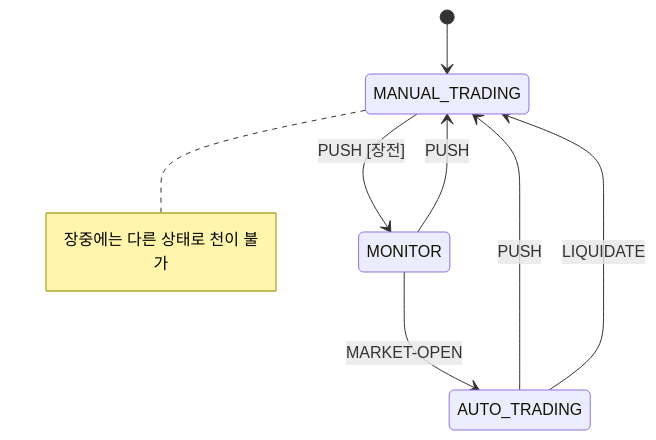
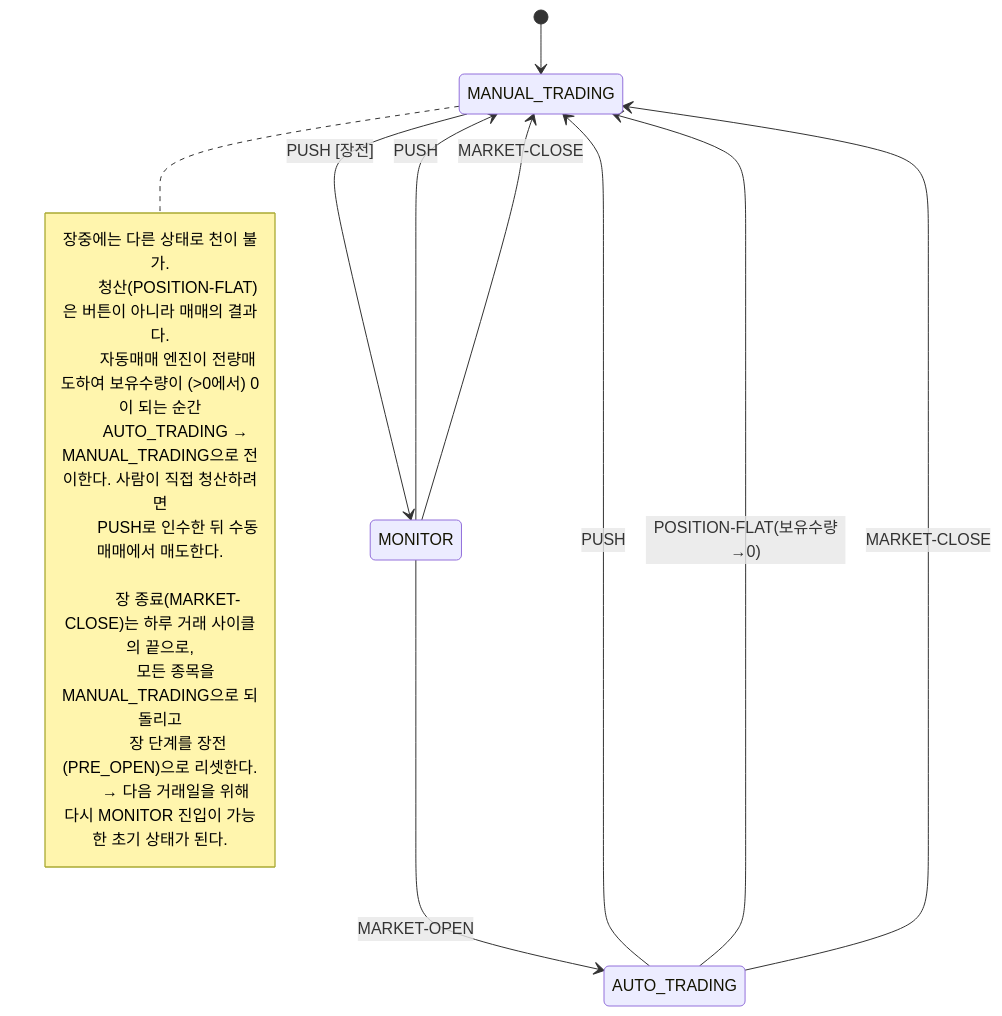
Before and after one commit to eisthf/Bach: the diagram in project_requirement.md, drawn with Mermaid. The commit also changed 8 other files, not shown here.

````diff
--- a/project_requirement.md
+++ b/project_requirement.md
@@ -25,16 +25,29 @@
 ```mermaid
 stateDiagram-v2
     [*] --> MANUAL_TRADING
 
     MANUAL_TRADING --> MONITOR : PUSH [장전]
 
     MONITOR --> MANUAL_TRADING : PUSH
     MONITOR --> AUTO_TRADING : MARKET-OPEN
 
     AUTO_TRADING --> MANUAL_TRADING : PUSH
-    AUTO_TRADING --> MANUAL_TRADING : LIQUIDATE
+    AUTO_TRADING --> MANUAL_TRADING : POSITION-FLAT(보유수량→0)
+
+    MONITOR --> MANUAL_TRADING : MARKET-CLOSE
+    AUTO_TRADING --> MANUAL_TRADING : MARKET-CLOSE
 
     note right of MANUAL_TRADING
-        장중에는 다른 상태로 천이 불가
+        장중에는 다른 상태로 천이 불가.
+
+        청산(POSITION-FLAT)은 버튼이 아니라 매매의 결과다.
+        자동매매 엔진이 전량매도하여 보유수량이 (>0에서) 0이 되는 순간
+        AUTO_TRADING → MANUAL_TRADING으로 전이한다. 사람이 직접 청산하려면
+        PUSH로 인수한 뒤 수동매매에서 매도한다.
+
+        장 종료(MARKET-CLOSE)는 하루 거래 사이클의 끝으로,
+        모든 종목을 MANUAL_TRADING으로 되돌리고
+        장 단계를 장전(PRE_OPEN)으로 리셋한다.
+        → 다음 거래일을 위해 다시 MONITOR 진입이 가능한 초기 상태가 된다.
     end note
 ```
````
